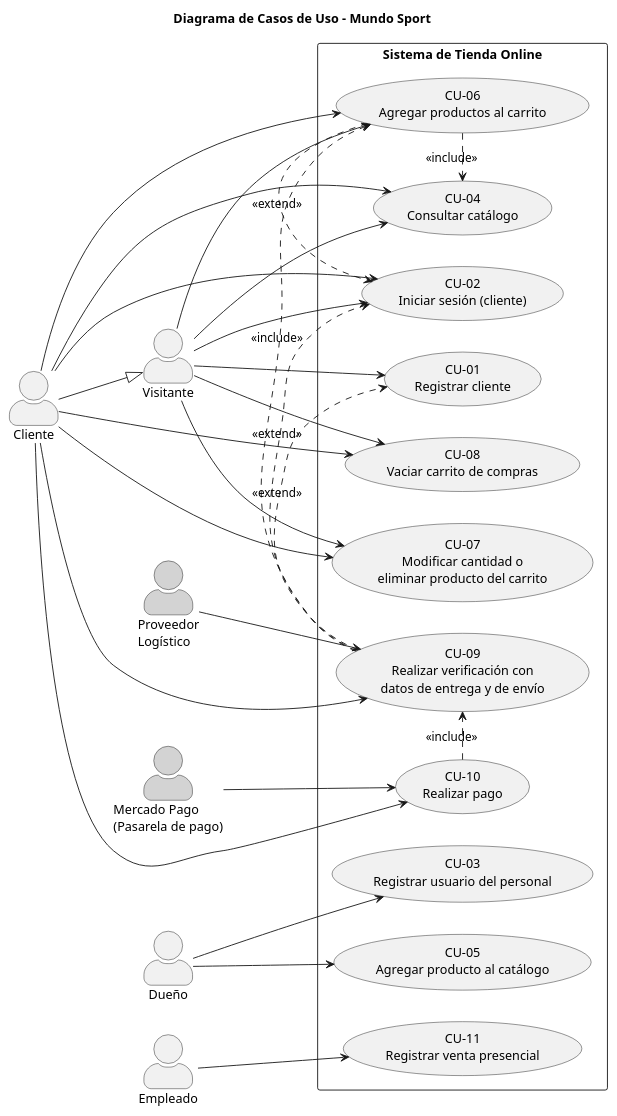
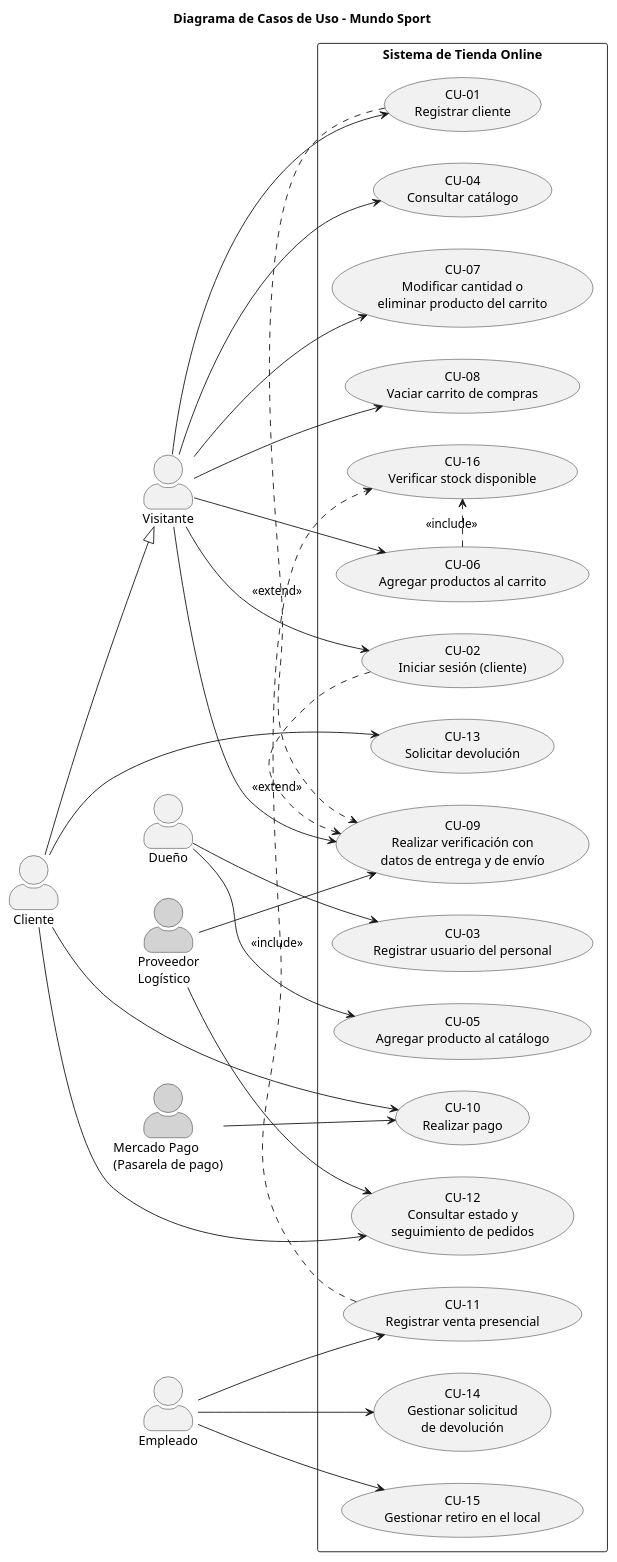
One commit to Danieljaime21/eidas-grupo05-revision changed the diagram in diagramas/casos-de-uso.puml. Above: the diagram before and after it, drawn with PlantUML. The commit also changed 1 other file, not shown here.

Commit message:
Corregir include/extend y agregar CU-12 a CU-16

```diff
--- a/diagramas/casos-de-uso.puml
+++ b/diagramas/casos-de-uso.puml
@@ -1,68 +1,80 @@
 @startuml
 title Diagrama de Casos de Uso - Mundo Sport
 
 left to right direction
 skinparam packageStyle rectangle
 skinparam actorStyle awesome
 
 ' --- Actores ---
 actor "Visitante" as Visitante
 actor "Cliente" as Cliente
 actor "Dueño" as Dueno
 actor "Empleado" as Empleado
 actor "Proveedor\nLogístico" as Proveedor #LightGray
 actor "Mercado Pago\n(Pasarela de pago)" as MP #LightGray
 
 ' Herencia: Cliente es un Visitante autenticado
 Cliente --|> Visitante
 
 ' --- Sistema ---
 rectangle "Sistema de Tienda Online" {
+  ' Módulo 1 - Usuarios y Clientes
   usecase "CU-01\nRegistrar cliente" as UC01
   usecase "CU-02\nIniciar sesión (cliente)" as UC02
   usecase "CU-03\nRegistrar usuario del personal" as UC03
+
+  ' Módulo 2 - Productos, Stock y Proveedores
   usecase "CU-04\nConsultar catálogo" as UC04
   usecase "CU-05\nAgregar producto al catálogo" as UC05
+  usecase "CU-11\nRegistrar venta presencial" as UC11
+  usecase "CU-16\nVerificar stock disponible" as UC16
+
+  ' Módulo 3 - Carrito, Pedidos y Promociones
   usecase "CU-06\nAgregar productos al carrito" as UC06
   usecase "CU-07\nModificar cantidad o\neliminar producto del carrito" as UC07
   usecase "CU-08\nVaciar carrito de compras" as UC08
   usecase "CU-09\nRealizar verificación con\ndatos de entrega y de envío" as UC09
   usecase "CU-10\nRealizar pago" as UC10
-  usecase "CU-11\nRegistrar venta presencial" as UC11
+  usecase "CU-12\nConsultar estado y\nseguimiento de pedidos" as UC12
+
+  ' Módulo 4 - Envíos y Devoluciones
+  usecase "CU-13\nSolicitar devolución" as UC13
+  usecase "CU-14\nGestionar solicitud\nde devolución" as UC14
+  usecase "CU-15\nGestionar retiro en el local" as UC15
 }
 
 ' --- Relaciones actor - caso de uso ---
 Visitante --> UC01
 Visitante --> UC02
 Visitante --> UC04
 Visitante --> UC06
 Visitante --> UC07
 Visitante --> UC08
+Visitante --> UC09
 
-Cliente --> UC02
-Cliente --> UC04
-Cliente --> UC06
-Cliente --> UC07
-Cliente --> UC08
-Cliente --> UC09
 Cliente --> UC10
+Cliente --> UC12
+Cliente --> UC13
 
 Dueno --> UC03
 Dueno --> UC05
 
 Empleado --> UC11
+Empleado --> UC14
+Empleado --> UC15
 
 Proveedor --> UC09
+Proveedor --> UC12
 MP --> UC10
 
 ' --- Relaciones entre casos de uso ---
-UC06 .> UC04 : <<include>>
-UC09 .> UC06 : <<include>>
-UC10 .> UC09 : <<include>>
+' <<include>>: el caso base SIEMPRE ejecuta al incluido (flecha: base --> incluido)
+UC06 .> UC16 : <<include>>
+UC11 .> UC16 : <<include>>
 
-UC09 .> UC02 : <<extend>>
-UC09 .> UC01 : <<extend>>
-UC06 .> UC02 : <<extend>>
-
+' <<extend>>: el caso que extiende agrega comportamiento SOLO bajo una condición
+' (flecha: caso que extiende --> caso base)
+UC02 .> UC09 : <<extend>>
+UC01 .> UC09 : <<extend>>
 
 @enduml
```
